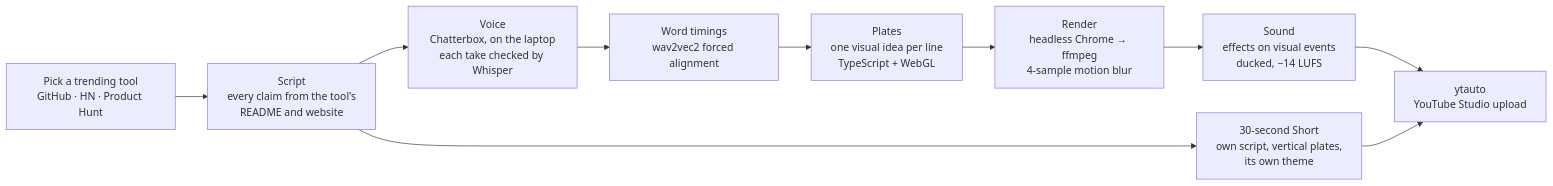
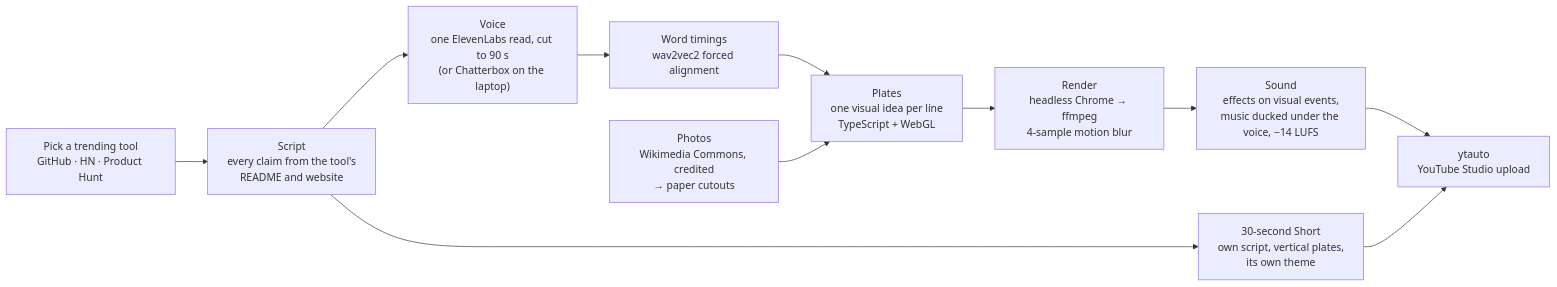
The diagram in README.md (snowjug/Hermes), drawn with Mermaid before and after one commit. The commit also changed other lines of this file and 52 other files, not shown here.

````diff
--- a/README.md
+++ b/README.md
@@ -27,12 +27,13 @@
 ```mermaid
 flowchart LR
   A["Pick a trending tool<br/>GitHub · HN · Product Hunt"] --> B["Script<br/>every claim from the tool's<br/>README and website"]
-  B --> C["Voice<br/>Chatterbox, on the laptop<br/>each take checked by Whisper"]
+  B --> C["Voice<br/>one ElevenLabs read, cut to 90 s<br/>(or Chatterbox on the laptop)"]
   C --> D["Word timings<br/>wav2vec2 forced alignment"]
   D --> E["Plates<br/>one visual idea per line<br/>TypeScript + WebGL"]
+  P["Photos<br/>Wikimedia Commons, credited<br/>→ paper cutouts"] --> E
   E --> F["Render<br/>headless Chrome → ffmpeg<br/>4-sample motion blur"]
-  F --> G["Sound<br/>effects on visual events<br/>ducked, −14 LUFS"]
+  F --> G["Sound<br/>effects on visual events,<br/>music ducked under the voice, −14 LUFS"]
   G --> I["ytauto<br/>YouTube Studio upload"]
   B --> S["30-second Short<br/>own script, vertical plates,<br/>its own theme"]
   S --> I
 ```
````
